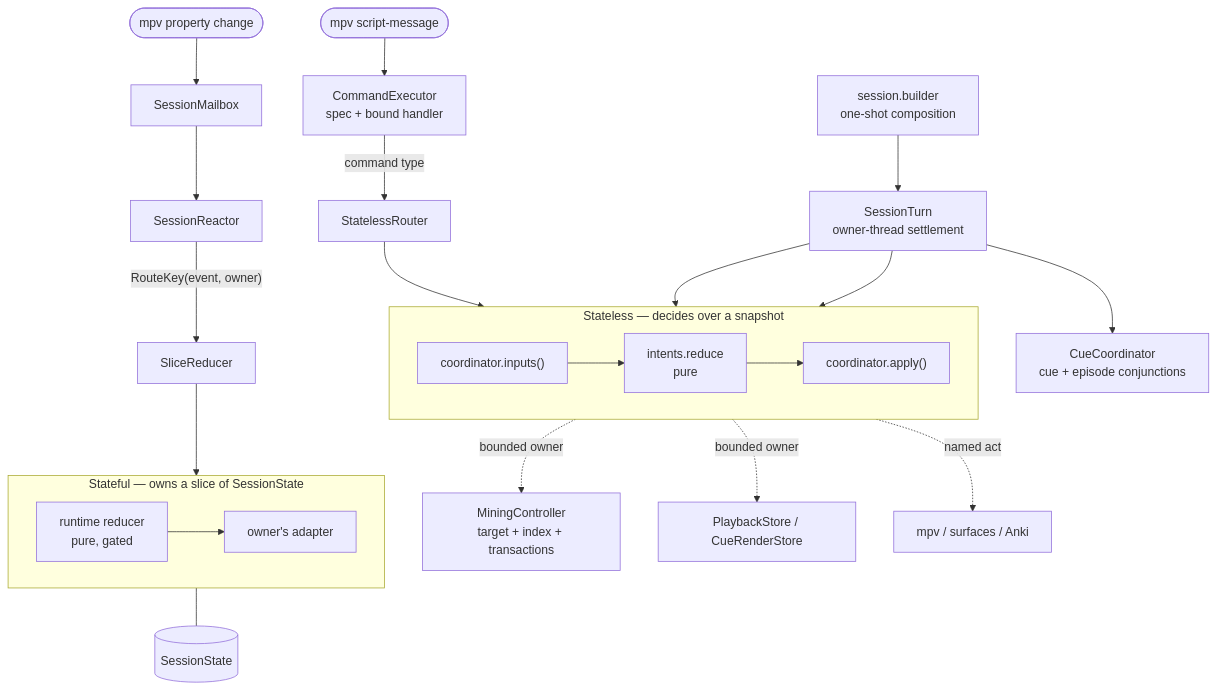
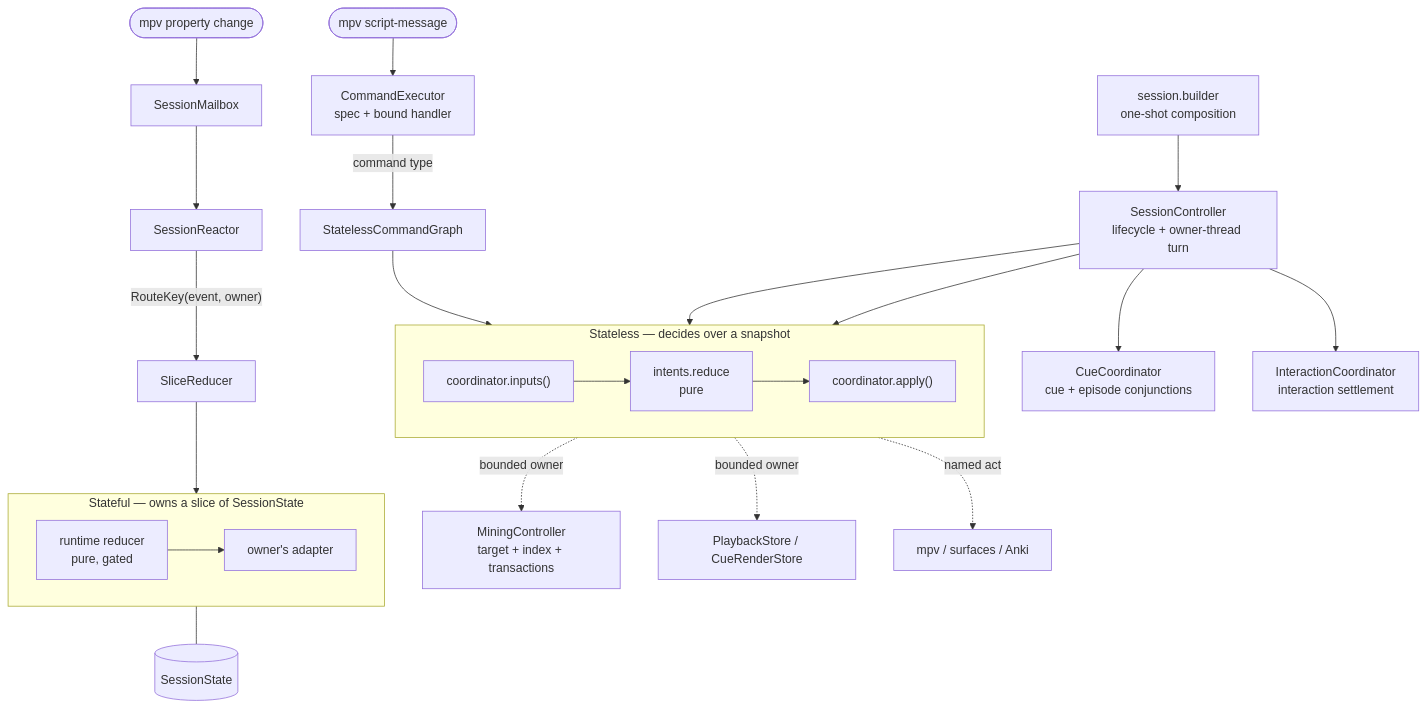
Before and after one commit to serjflint/saitenka: the diagram in ARCHITECTURE.md, drawn with Mermaid. The commit also changed other lines of this file and 121 other files, not shown here.

Commit message:
refactor: complete session controller migration

````diff
--- a/ARCHITECTURE.md
+++ b/ARCHITECTURE.md
@@ -135,30 +136,31 @@
 ```mermaid
 flowchart TB
     key(["mpv script-message"]) --> exec["CommandExecutor<br/>spec + bound handler"]
-    exec -->|command type| srouter["StatelessRouter"]
+    exec -->|command type| srouter["StatelessCommandGraph"]
     obs(["mpv property change"]) --> mailbox["SessionMailbox"]
     mailbox --> reactor["SessionReactor"]
     reactor -->|"RouteKey(event, owner)"| slice["SliceReducer"]
 
     subgraph L1["Stateless — decides over a snapshot"]
         direction LR
         gather["coordinator.inputs()"] --> policy["intents.reduce<br/>pure"]
         policy --> perform["coordinator.apply()"]
     end
 
     subgraph L2["Stateful — owns a slice of SessionState"]
         direction LR
         reduce["runtime reducer<br/>pure, gated"] --> owner["owner's adapter"]
     end
 
     srouter --> L1
     slice --> L2
-    compose["session.builder<br/>one-shot composition"] --> turn["SessionTurn<br/>owner-thread settlement"]
-    turn --> gather
-    turn --> perform
-    turn --> cue["CueCoordinator<br/>cue + episode conjunctions"]
+    compose["session.builder<br/>one-shot composition"] --> controller["SessionController<br/>lifecycle + owner-thread turn"]
+    controller --> gather
+    controller --> perform
+    controller --> cue["CueCoordinator<br/>cue + episode conjunctions"]
+    controller --> interaction["InteractionCoordinator<br/>interaction settlement"]
     gather -. "bounded owner" .-> mining["MiningController<br/>target + index + transactions"]
     gather -. "bounded owner" .-> playback["PlaybackStore / CueRenderStore"]
     perform -. "named act" .-> sinks["mpv / surfaces / Anki"]
     reduce --- state[(SessionState)]
 ```
````
